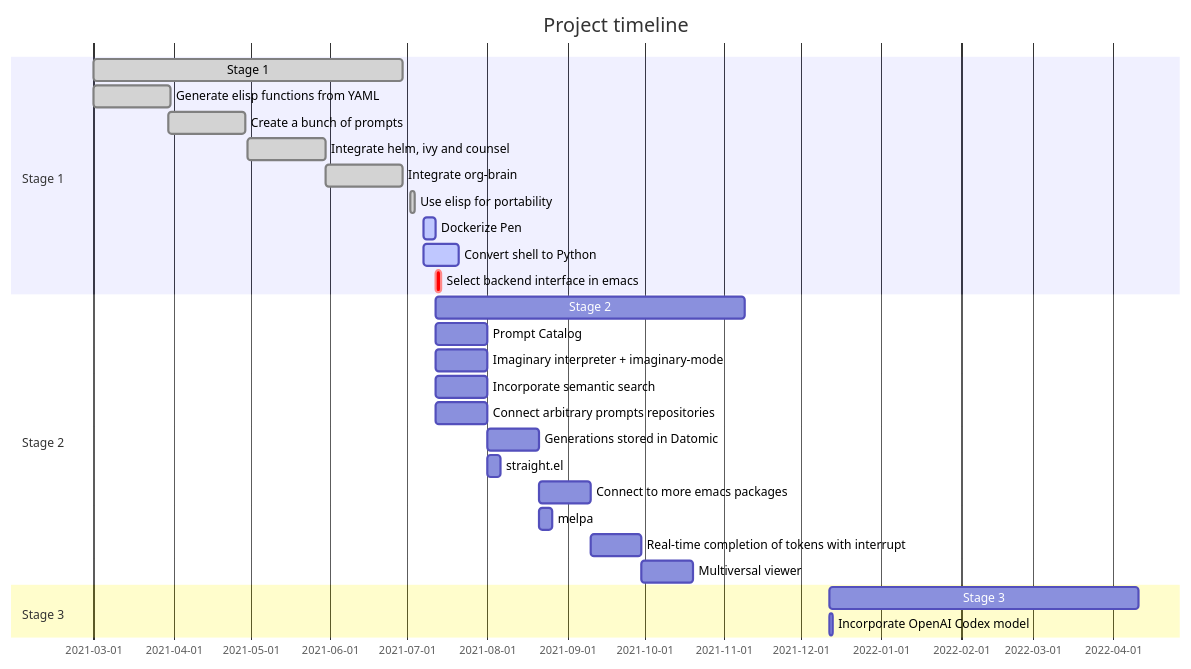
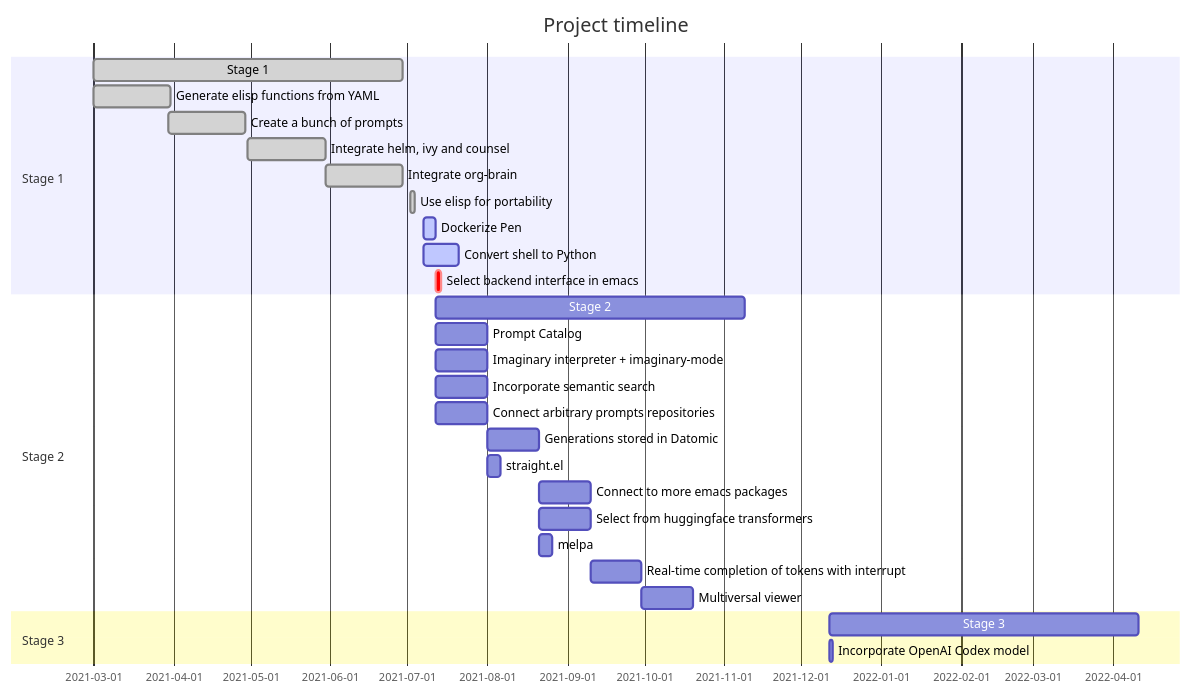
Before and after one commit to semiosis/pen.el: the diagram in docs/README.org, drawn with Mermaid.

Commit message:
Wed 07 Jul 2021 13:38:26

```diff
--- a/docs/README.org
+++ b/docs/README.org
@@ -31,30 +31,31 @@
 #+BEGIN_SRC mermaid :results raw :file project-timeline.png
   gantt
           title Project timeline
           dateFormat  YYYY-MM-DD
           section Stage 1
           Stage 1  :done, :s1, 2021-03-01, 120d
           Generate elisp functions from YAML  :done,  :a1, 2021-03-01, 30d
           Create a bunch of prompts  :done,   :a3, 2021-03-30, 30d
           Integrate helm, ivy and counsel  :done,   :a4, 2021-04-30, 30d
           Integrate org-brain  :done,   :a5, 2021-05-30, 30d
           Use elisp for portability :done,  :b2, 2021-07-02, 2d
           Dockerize Pen : active, b3, after b2 , 5d
           Convert shell to Python : active, b4, after b2 , 14d
           Select backend interface in emacs :crit, after b3, 2d
           section Stage 2
           Stage 2  :s2, 2021-07-12, 120d
           Prompt Catalog : b6a, 2021-07-12, 20d
           Imaginary interpreter + imaginary-mode : b11, 2021-07-12, 20d
           Incorporate semantic search : b12, 2021-07-12, 20d
           Connect arbitrary prompts repositories : b6, 2021-07-12, 20d
           Generations stored in Datomic : b7, after b6, 20d
           straight.el : b13, after b6, 5d
           Connect to more emacs packages : b8, after b7 , 20d
+          Select from huggingface transformers : b15, after b7 , 20d
           melpa : b14, after b7 , 5d
           Real-time completion of tokens with interrupt : b9, after b8, 20d
           Multiversal viewer : b10, after b9, 20d
           section Stage 3
           Stage 3  :s3, 2021-12-12, 120d
           Incorporate OpenAI Codex model : c1, 2021-12-12, 1d
 #+END_SRC
```
